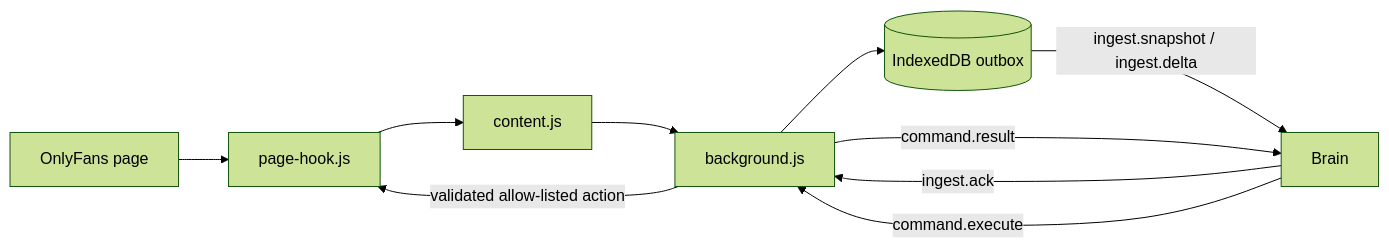
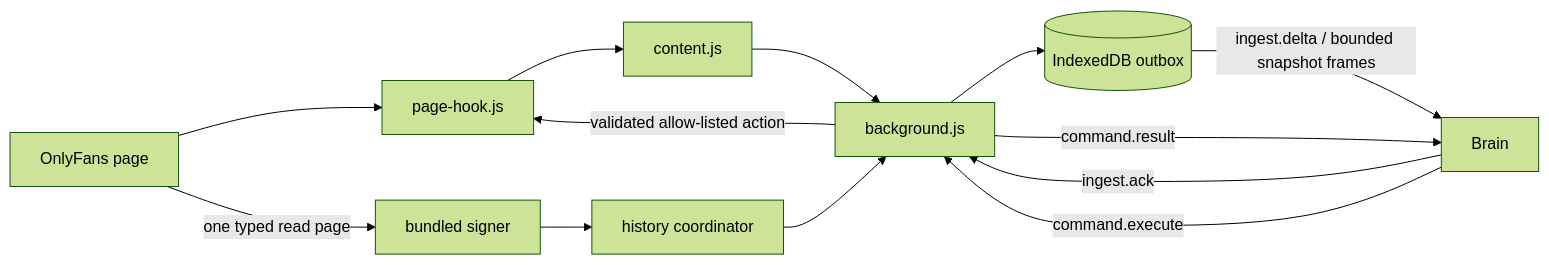
One commit to ramiradwan/onlyfans-conversational-analytics changed the diagram in extension/README.md. Above: the diagram before and after it, drawn with Mermaid (forest theme). The commit also changed other lines of this file and 7 other files, not shown here.

````diff
--- a/extension/README.md
+++ b/extension/README.md
@@ -19,12 +21,15 @@
 ```mermaid
 flowchart LR
   PAGE[OnlyFans page] --> HOOK[page-hook.js]
   HOOK --> CONTENT[content.js]
   CONTENT --> WORKER[background.js]
+  PAGE -->|one typed read page| SIGNER[bundled signer]
+  SIGNER --> HISTORY[history coordinator]
+  HISTORY --> WORKER
   WORKER --> OUTBOX[(IndexedDB outbox)]
-  OUTBOX -->|ingest.snapshot / ingest.delta| BRAIN[Brain]
+  OUTBOX -->|ingest.delta / bounded snapshot frames| BRAIN[Brain]
   BRAIN -->|ingest.ack| WORKER
   BRAIN -->|command.execute| WORKER
   WORKER -->|validated allow-listed action| HOOK
   WORKER -->|command.result| BRAIN
 ```
````
